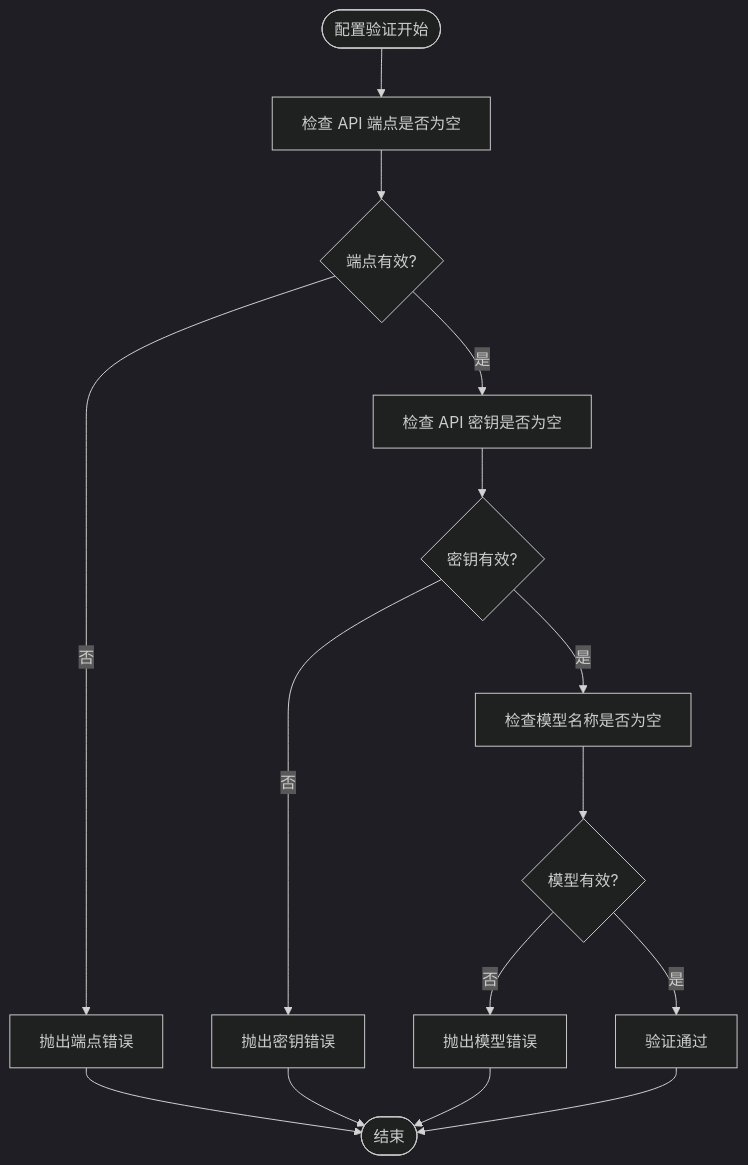
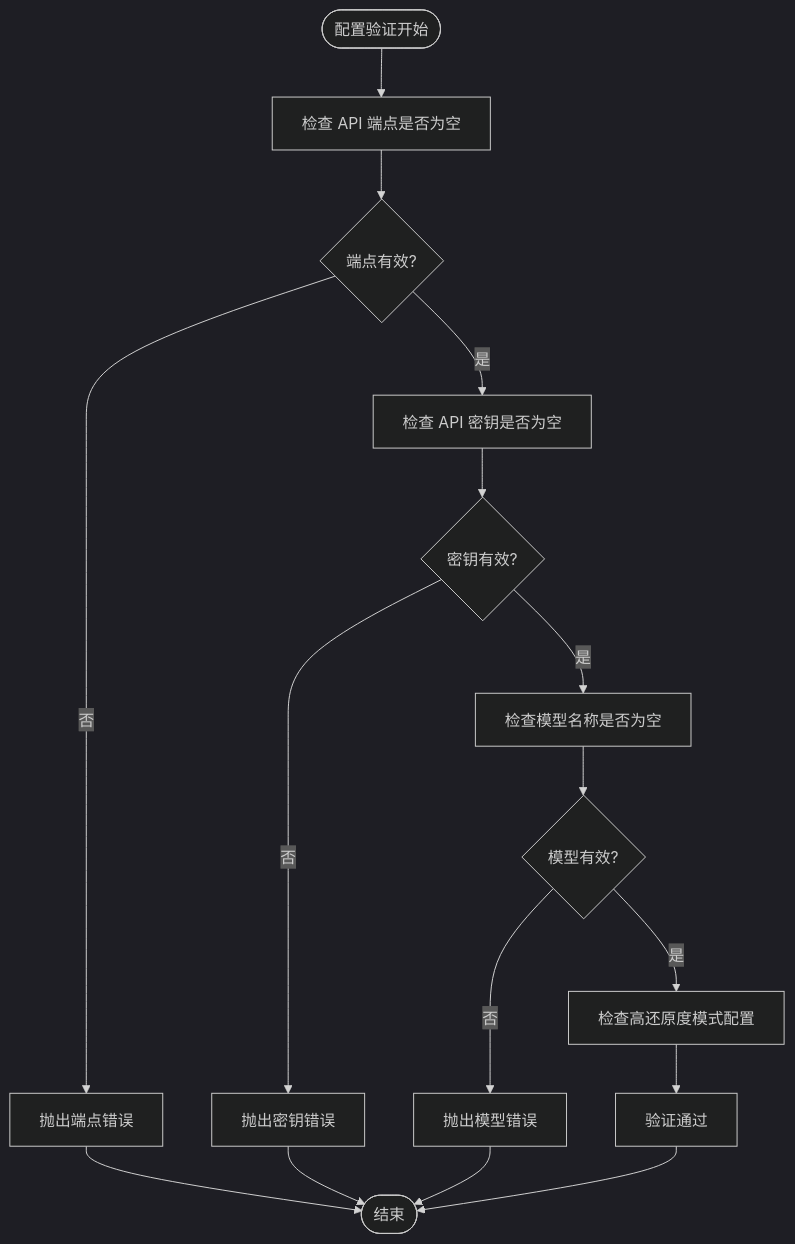
One commit to binasi/Img2Prompt changed the sixth of 15 diagrams in .qoder/repowiki/zh/content/开发指南/功能开发/配置管理开发.md. Above: the diagram before and after it, drawn with Mermaid (dark theme). The commit also changed other lines of this file and 2 other files, not shown here.

````diff
--- a/.qoder/repowiki/zh/content/开发指南/功能开发/配置管理开发.md
+++ b/.qoder/repowiki/zh/content/开发指南/功能开发/配置管理开发.md
@@ -254,17 +264,18 @@
 ```mermaid
 flowchart TD
 Start([配置验证开始]) --> CheckEndpoint["检查 API 端点是否为空"]
 CheckEndpoint --> EndpointValid{"端点有效?"}
 EndpointValid --> |否| ThrowEndpoint["抛出端点错误"]
 EndpointValid --> |是| CheckKey["检查 API 密钥是否为空"]
 CheckKey --> KeyValid{"密钥有效?"}
 KeyValid --> |否| ThrowKey["抛出密钥错误"]
 KeyValid --> |是| CheckModel["检查模型名称是否为空"]
 CheckModel --> ModelValid{"模型有效?"}
 ModelValid --> |否| ThrowModel["抛出模型错误"]
-ModelValid --> |是| Success["验证通过"]
+ModelValid --> |是| CheckRecreateMode["检查高还原度模式配置"]
+CheckRecreateMode --> Success["验证通过"]
 ThrowEndpoint --> End([结束])
 ThrowKey --> End
 ThrowModel --> End
 Success --> End
 ```
````
